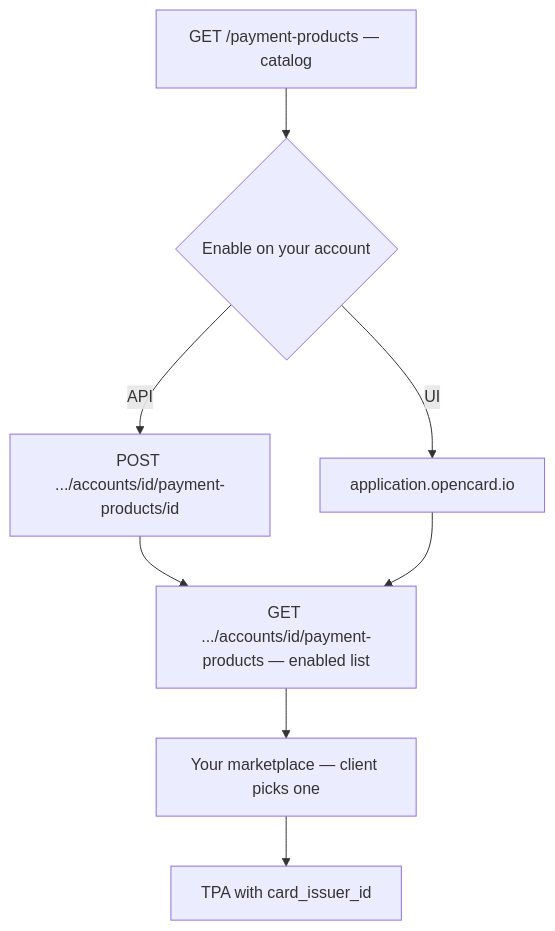
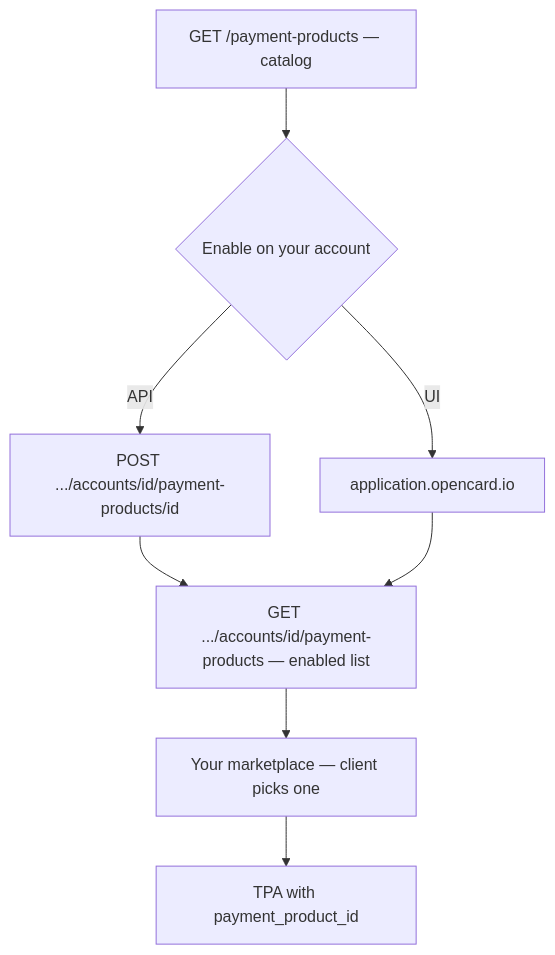
One commit to marc-opencard/developers.opencard.io changed the diagram in ems/payment-products-setup.mdx. Above: the diagram before and after it, drawn with Mermaid. The commit also changed other lines of this file and 10 other files, not shown here.

First line of the commit message:
EMS docs: payment_product_id replaces card_issuer_id on TPA create

````diff
--- a/ems/payment-products-setup.mdx
+++ b/ems/payment-products-setup.mdx
@@ -14,10 +14,10 @@
 ```mermaid
 flowchart TD
     A[GET /payment-products — catalog] --> B{Enable on your account}
     B -->|API| C[POST .../accounts/id/payment-products/id]
     B -->|UI| D[application.opencard.io]
     C --> E[GET .../accounts/id/payment-products — enabled list]
     D --> E
     E --> F[Your marketplace — client picks one]
-    F --> G[TPA with card_issuer_id]
+    F --> G[TPA with payment_product_id]
 ```
````
